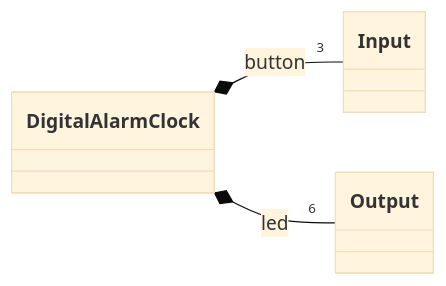
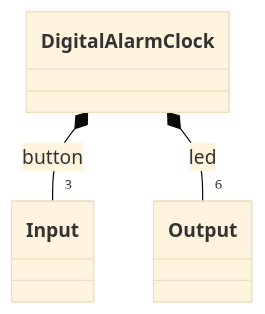
One commit to vermilion9312/digital-alarm-clock changed the first of 3 diagrams in README.md. Above: the diagram before and after it, drawn with Mermaid (base theme).

Commit message:
Change class diagram direction from LR to TB

````diff
--- a/README.md
+++ b/README.md
@@ -12,11 +12,11 @@
 ```mermaid
 classDiagram
-direction LR
+direction TB
 
 class Input
 class Output 
 class DigitalAlarmClock 
 
 DigitalAlarmClock *-- "3" Input : button
 DigitalAlarmClock *-- "6" Output : led
 ```
````
